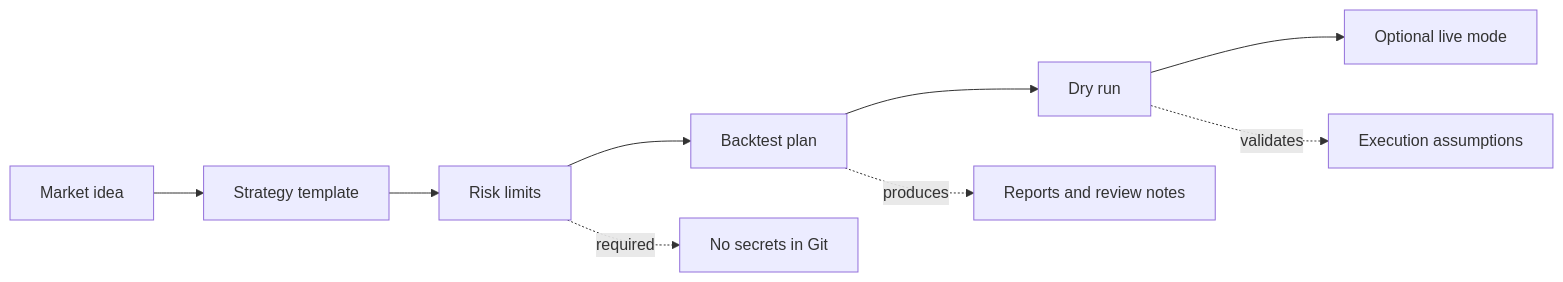
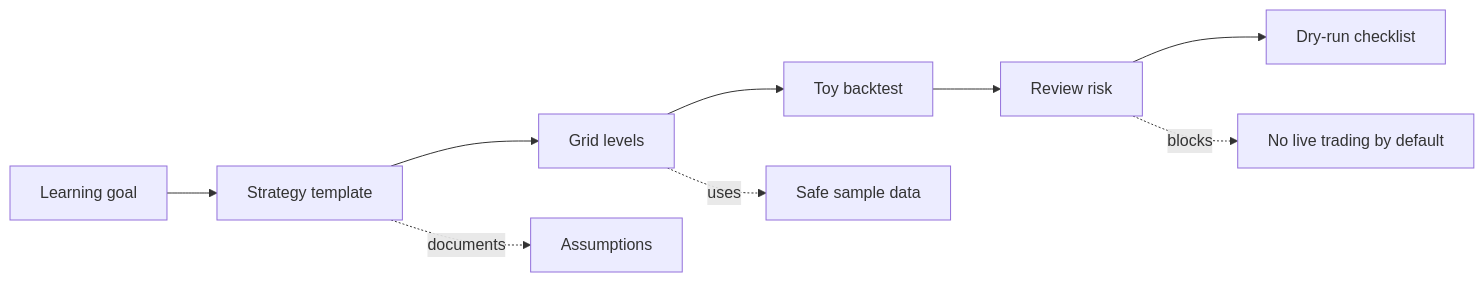
The diagram in README.md (RomGPT/GridBot), drawn with Mermaid before and after one commit. The commit also changed other lines of this file, not shown here.

Commit message:
Rename README to Free Educational Grid Bot

````diff
--- a/README.md
+++ b/README.md
@@ -50,12 +50,12 @@
 ```mermaid
 flowchart LR
-    A[Market idea] --> B[Strategy template]
-    B --> C[Risk limits]
-    C --> D[Backtest plan]
-    D --> E[Dry run]
-    E --> F[Optional live mode]
+    A[Learning goal] --> B[Strategy template]
+    B --> C[Grid levels]
+    C --> D[Toy backtest]
+    D --> E[Review risk]
+    E --> F[Dry-run checklist]
 
-    C -. required .-> G[No secrets in Git]
-    D -. produces .-> H[Reports and review notes]
-    E -. validates .-> I[Execution assumptions]
+    B -. documents .-> G[Assumptions]
+    C -. uses .-> H[Safe sample data]
+    E -. blocks .-> I[No live trading by default]
 ```
````
